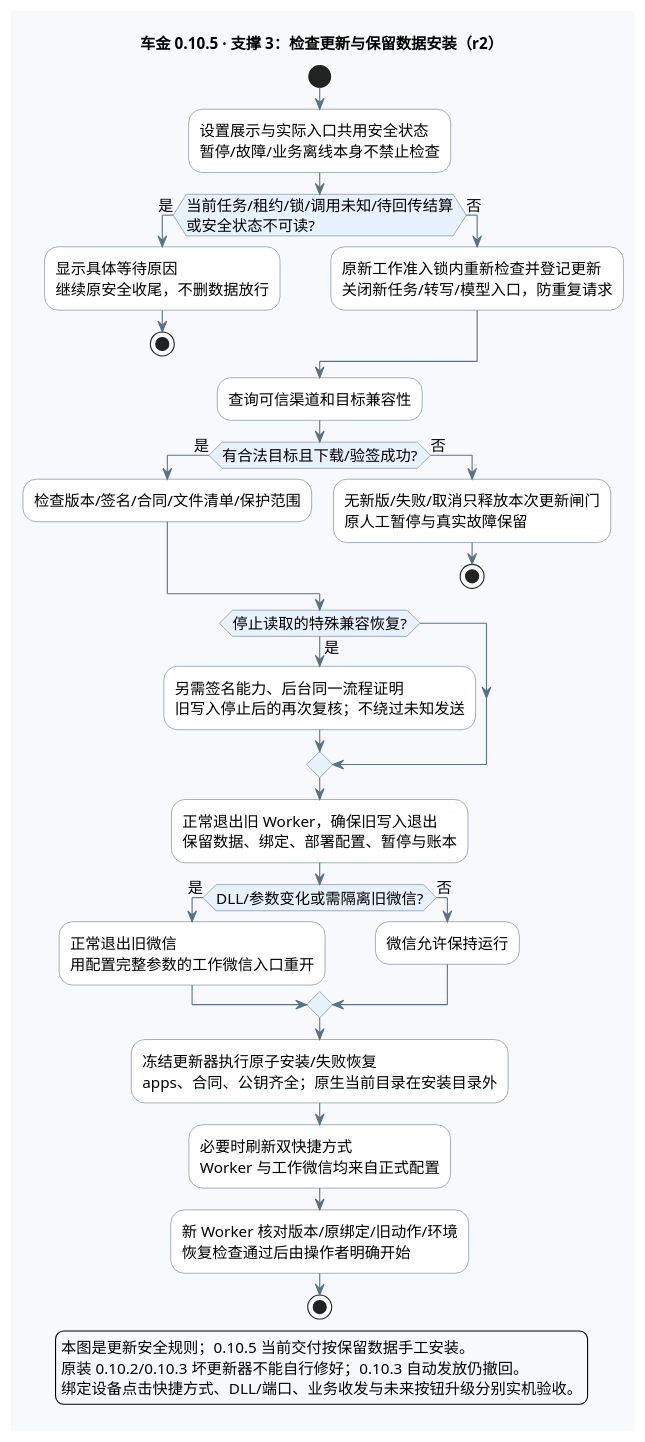
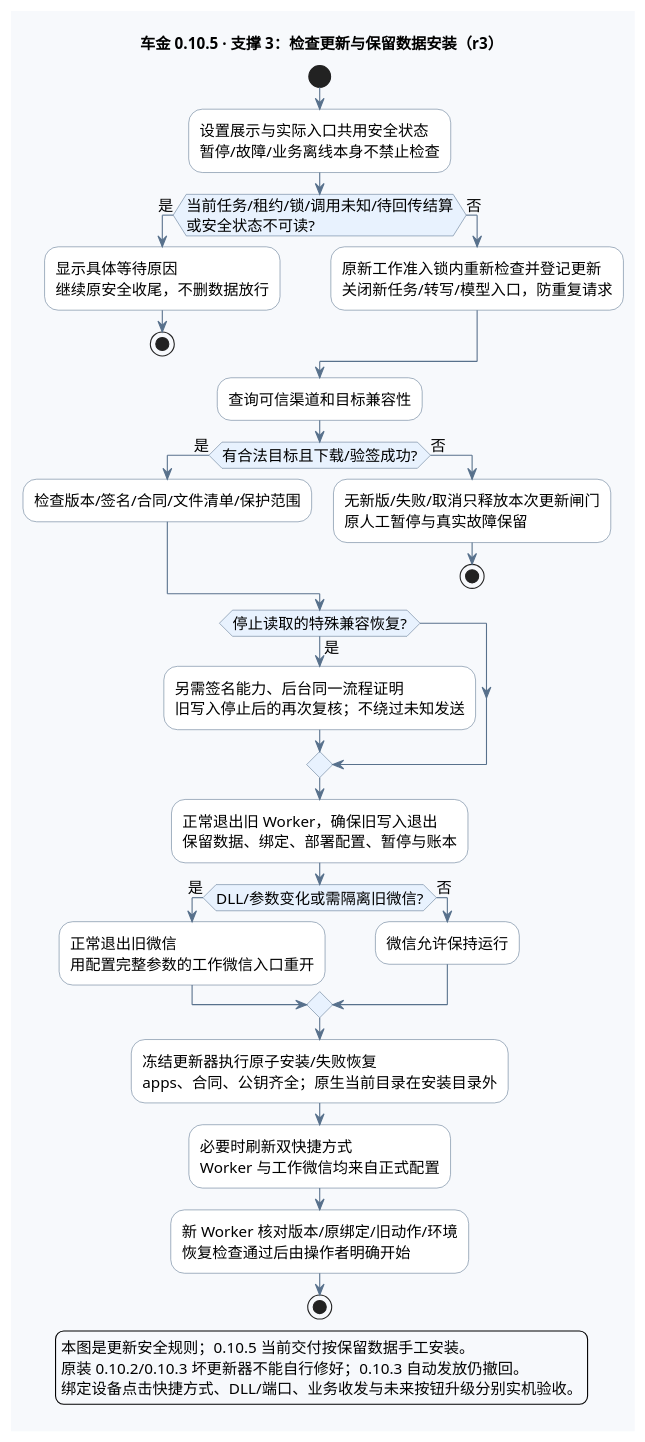
Before and after one commit to edwardzhang0304/chejin-ai-sales: the fourth of 4 diagrams in deliverables/AI智能客服售前跟进系统_全流程图_v0.10.5.puml, drawn with PlantUML. The commit also changed other lines of this file and 4 other files, not shown here.

```diff
--- a/deliverables/AI智能客服售前跟进系统_全流程图_v0.10.5.puml
+++ b/deliverables/AI智能客服售前跟进系统_全流程图_v0.10.5.puml
@@ -277,59 +277,59 @@
 @startuml update
 !pragma layout smetana
 skinparam defaultFontName "PingFang SC"
 skinparam defaultFontSize 14
 skinparam backgroundColor #F7F9FC
 skinparam shadowing false
 skinparam activityBackgroundColor #FFFFFF
 skinparam activityBorderColor #58718C
 skinparam activityDiamondBackgroundColor #E8F2FE
 skinparam activityDiamondBorderColor #58718C
 skinparam ArrowColor #58718C
 skinparam noteBackgroundColor #FFF4D9
 skinparam noteBorderColor #CDA556
-title 车金 0.10.5 · 支撑 3：检查更新与保留数据安装（r2）
+title 车金 0.10.5 · 支撑 3：检查更新与保留数据安装（r3）
 start
 :设置展示与实际入口共用安全状态
 暂停/故障/业务离线本身不禁止检查;
 if (当前任务/租约/锁/调用未知/待回传结算
 或安全状态不可读?) then (是)
   :显示具体等待原因
 继续原安全收尾，不删数据放行;
   stop
 else (否)
   :原新工作准入锁内重新检查并登记更新
 关闭新任务/转写/模型入口，防重复请求;
 endif
 :查询可信渠道和目标兼容性;
 if (有合法目标且下载/验签成功?) then (是)
   :检查版本/签名/合同/文件清单/保护范围;
 else (否)
   :无新版/失败/取消只释放本次更新闸门
 原人工暂停与真实故障保留;
   stop
 endif
 if (停止读取的特殊兼容恢复?) then (是)
   :另需签名能力、后台同一流程证明
 旧写入停止后的再次复核；不绕过未知发送;
 endif
 :正常退出旧 Worker，确保旧写入退出
 保留数据、绑定、部署配置、暂停与账本;
 if (DLL/参数变化或需隔离旧微信?) then (是)
   :正常退出旧微信
 用配置完整参数的工作微信入口重开;
 else (否)
   :微信允许保持运行;
 endif
 :冻结更新器执行原子安装/失败恢复
 apps、合同、公钥齐全；原生当前目录在安装目录外;
 :必要时刷新双快捷方式
 Worker 与工作微信均来自正式配置;
 :新 Worker 核对版本/原绑定/旧动作/环境
 恢复检查通过后由操作者明确开始;
 stop
 legend bottom
 本图是更新安全规则；0.10.5 当前交付按保留数据手工安装。
 原装 0.10.2/0.10.3 坏更新器不能自行修好；0.10.3 自动发放仍撤回。
 绑定设备点击快捷方式、DLL/端口、业务收发与未来按钮升级分别实机验收。
 endlegend
 @enduml
```
